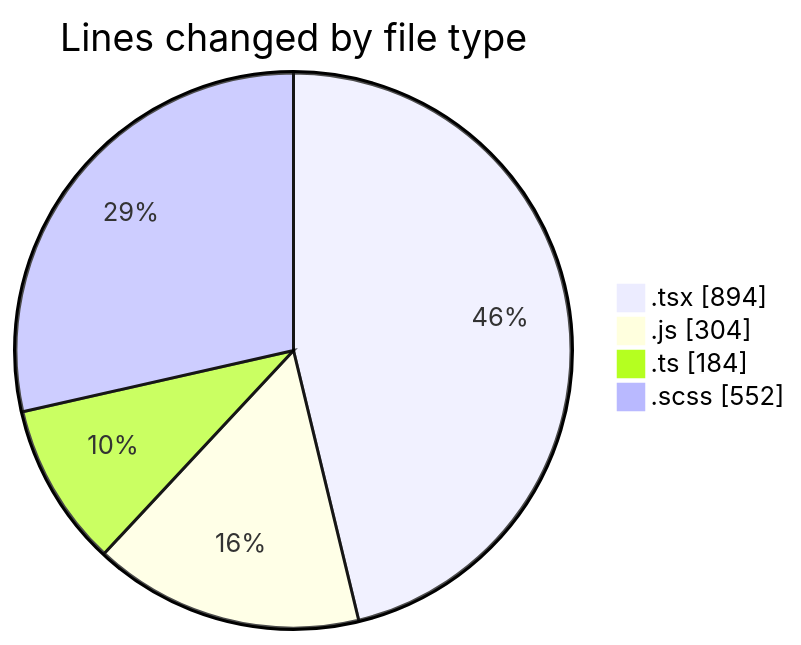
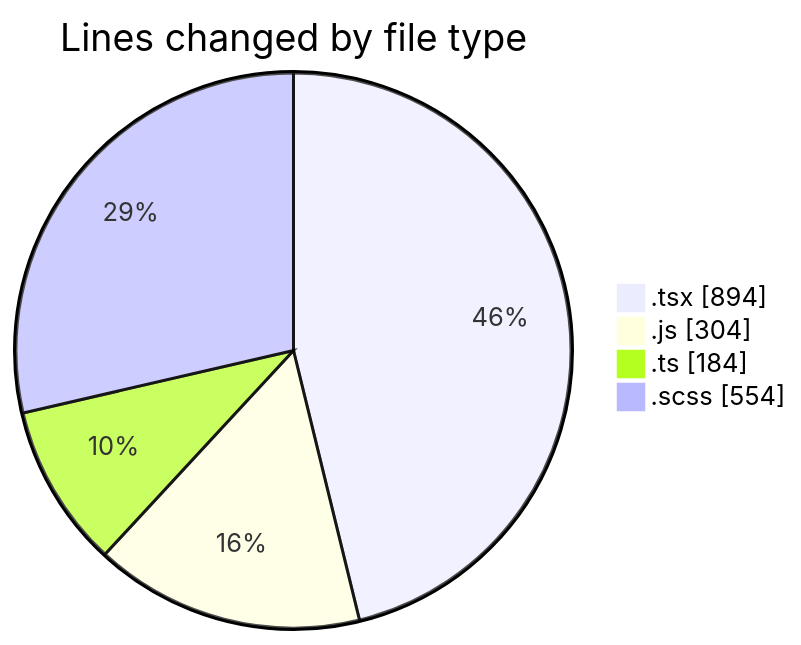
The first of 2 diagrams in 2025-02-26/cda/README.md (momahboobian/code-tracking), drawn with Mermaid before and after one commit. The commit also changed other lines of this file and 1 other file, not shown here.

````diff
--- a/2025-02-26/cda/README.md
+++ b/2025-02-26/cda/README.md
@@ -37,8 +37,8 @@
 ```mermaid
 pie showData
 title Lines changed by file type
 ".tsx" : 894
 ".js" : 304
 ".ts" : 184
-".scss" : 552
+".scss" : 554
 ```
````
